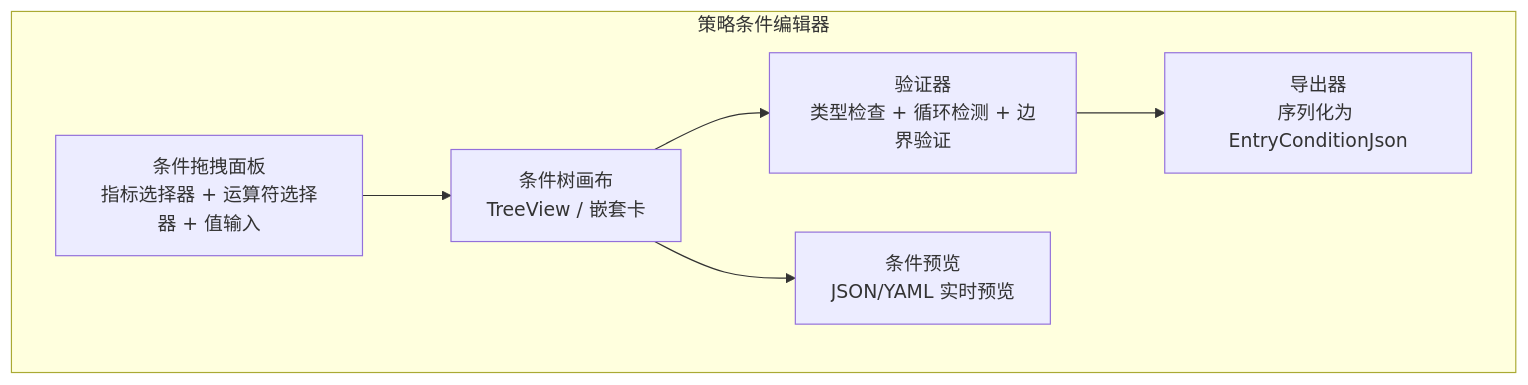
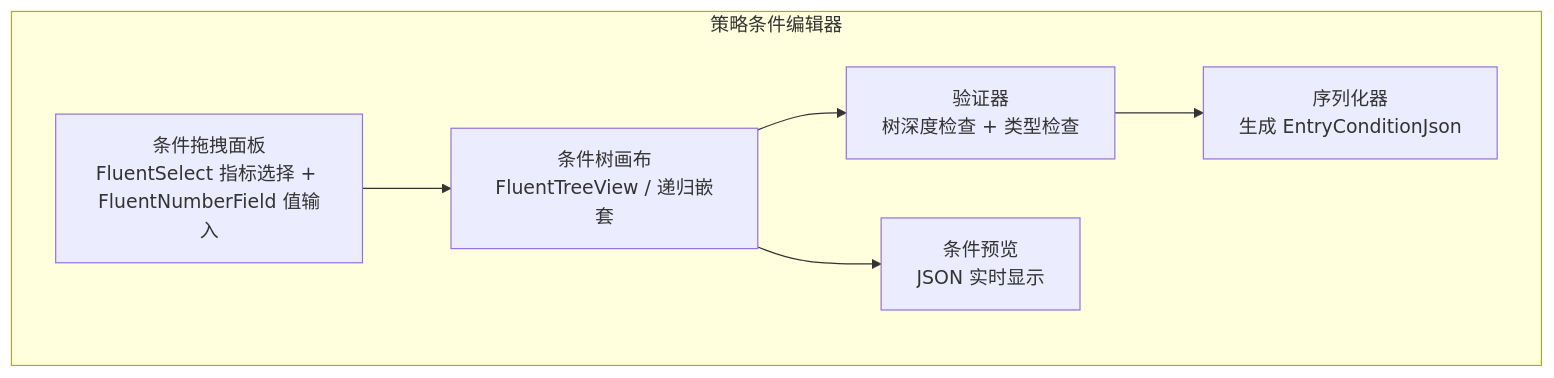
Before and after one commit to bambuo/TradeX: the fourth of 16 diagrams in docs/TAD.md, drawn with Mermaid. The commit also changed other lines of this file and 13 other files, not shown here.

````diff
--- a/docs/TAD.md
+++ b/docs/TAD.md
@@ -165,15 +270,15 @@
 ```mermaid
 flowchart TB
   subgraph Editor["策略条件编辑器"]
-    PALLET[条件拖拽面板<br/>指标选择器 + 运算符选择器 + 值输入]
-    CANVAS[条件树画布<br/>TreeView / 嵌套卡]
-    PREVIEW[条件预览<br/>JSON/YAML 实时预览]
-    VALID[验证器<br/>类型检查 + 循环检测 + 边界验证]
-    EXPORT[导出器<br/>序列化为 EntryConditionJson]
+    PALLET[条件拖拽面板<br/>FluentSelect 指标选择 + FluentNumberField 值输入]
+    CANVAS[条件树画布<br/>FluentTreeView / 递归嵌套]
+    PREVIEW[条件预览<br/>JSON 实时显示]
+    VALID[验证器<br/>树深度检查 + 类型检查]
+    EXPORT[序列化器<br/>生成 EntryConditionJson]
   end
 
   PALLET --> CANVAS
   CANVAS --> VALID
   VALID --> EXPORT
   CANVAS --> PREVIEW
 ```
````
